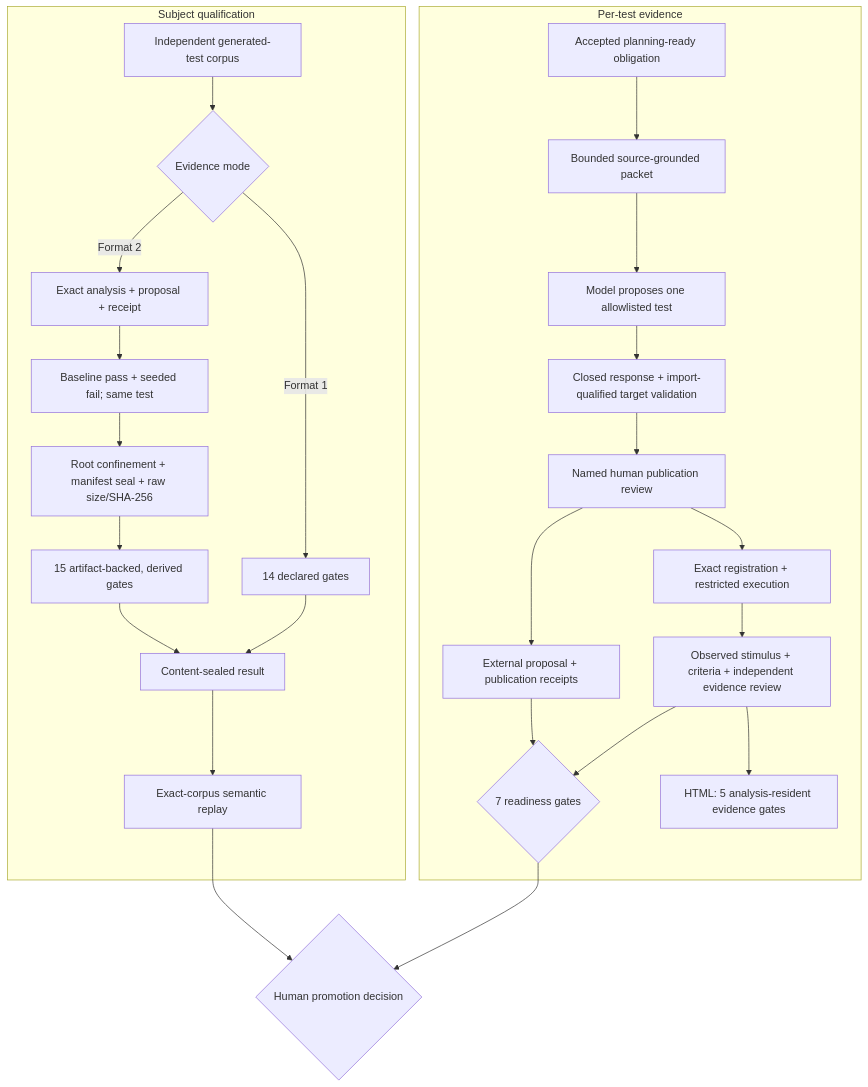
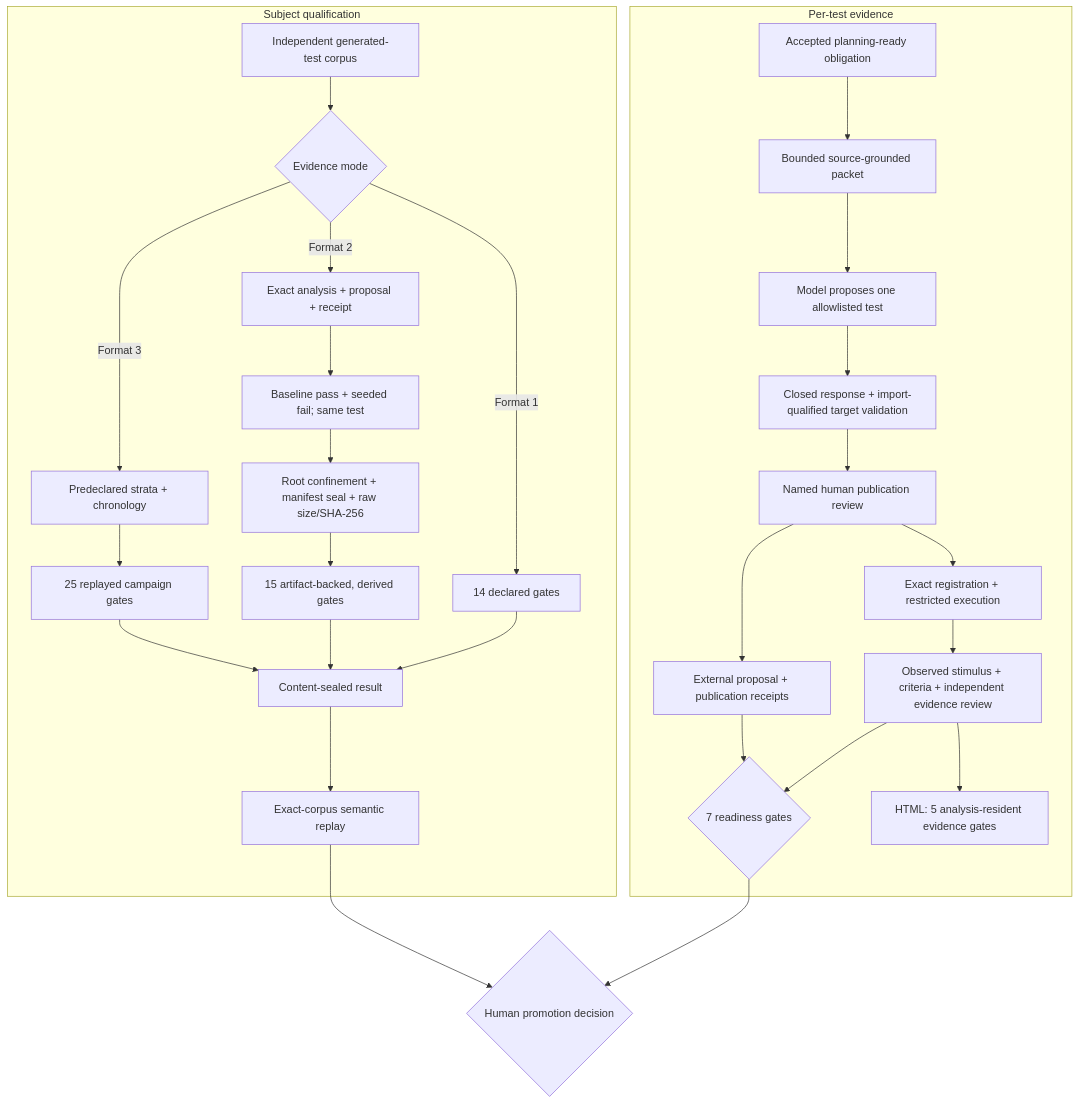
One commit to willtran87/project-py-sfmea changed the fifth of 7 diagrams in docs/VISUAL_GUIDE.md. Above: the diagram before and after it, drawn with Mermaid. The commit also changed other lines of this file and 25 other files, not shown here.

````diff
--- a/docs/VISUAL_GUIDE.md
+++ b/docs/VISUAL_GUIDE.md
@@ -122,28 +122,31 @@
 ```mermaid
 flowchart TB
     subgraph PERTEST["Per-test evidence"]
         O["Accepted planning-ready obligation"] --> P["Bounded source-grounded packet"]
         P --> M["Model proposes one allowlisted test"]
         M --> X["Closed response + import-qualified target validation"]
         X --> H["Named human publication review"]
         H --> E["Exact registration + restricted execution"]
         E --> I["Observed stimulus + criteria + independent evidence review"]
         I --> R{"7 readiness gates"}
         I --> HTML["HTML: 5 analysis-resident evidence gates"]
         H --> EXT["External proposal + publication receipts"]
         EXT --> R
     end
     subgraph SUBJECT["Subject qualification"]
         C["Independent generated-test corpus"] --> Q{"Evidence mode"}
         Q -- "Format 1" --> D14["14 declared gates"]
         Q -- "Format 2" --> ART["Exact analysis + proposal + receipt"]
+        Q -- "Format 3" --> STRAT["Predeclared strata + chronology"]
         ART --> RUN["Baseline pass + seeded fail; same test"]
         RUN --> RAW["Root confinement + manifest seal + raw size/SHA-256"]
         RAW --> D15["15 artifact-backed, derived gates"]
+        STRAT --> D25["25 replayed campaign gates"]
         D14 --> S["Content-sealed result"]
         D15 --> S
+        D25 --> S
         S --> V["Exact-corpus semantic replay"]
     end
     R --> D{"Human promotion decision"}
     V --> D
 ```
````
